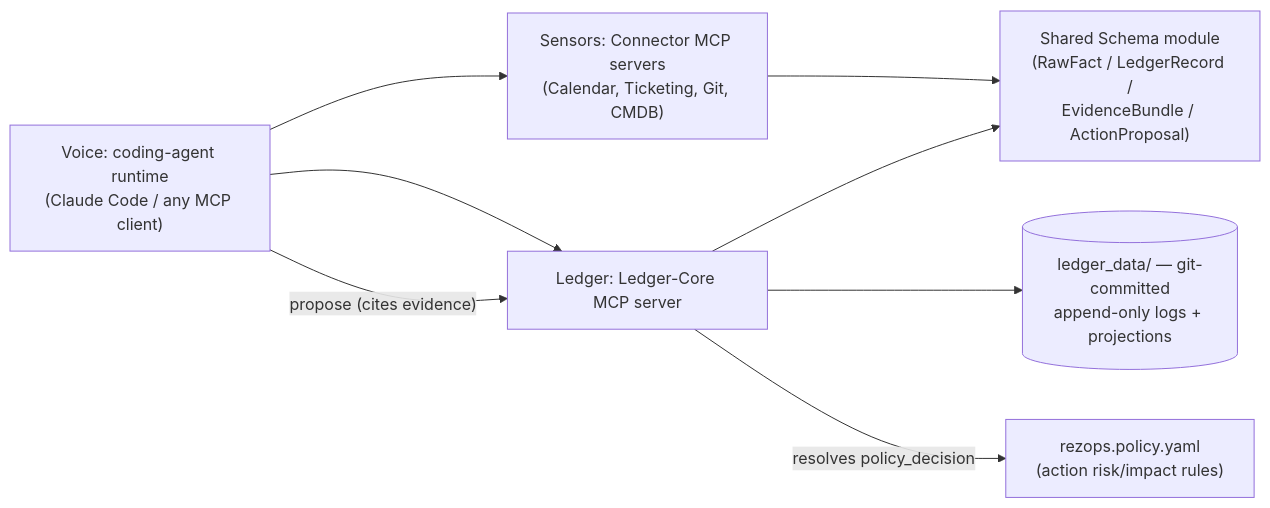
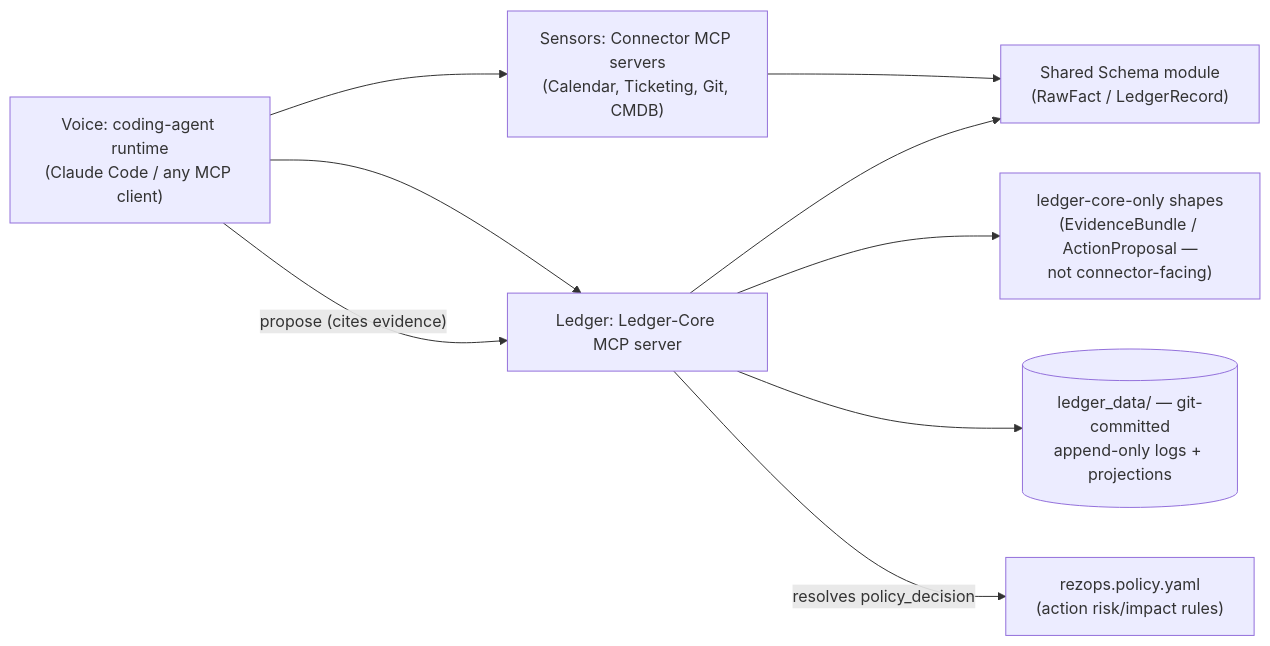
The first of 2 diagrams in _bmad-output/planning-artifacts/architecture/architecture-Resillience-Ops-2026-08-12/ARCHITECTURE-SPINE.md (mistamayor/rez-ops), drawn with Mermaid before and after one commit. The commit also changed other lines of this file and 8 other files, not shown here.

````diff
--- a/_bmad-output/planning-artifacts/architecture/architecture-Resillience-Ops-2026-08-12/ARCHITECTURE-SPINE.md
+++ b/_bmad-output/planning-artifacts/architecture/architecture-Resillience-Ops-2026-08-12/ARCHITECTURE-SPINE.md
@@ -32,10 +32,11 @@
 ```mermaid
 graph LR
     Runtime["Voice: coding-agent runtime<br/>(Claude Code / any MCP client)"] --> Connectors["Sensors: Connector MCP servers<br/>(Calendar, Ticketing, Git, CMDB)"]
     Runtime --> LedgerCore["Ledger: Ledger-Core MCP server"]
-    Connectors --> Schema["Shared Schema module<br/>(RawFact / LedgerRecord /<br/>EvidenceBundle / ActionProposal)"]
+    Connectors --> Schema["Shared Schema module<br/>(RawFact / LedgerRecord)"]
+    LedgerCore --> LedgerOnly["ledger-core-only shapes<br/>(EvidenceBundle / ActionProposal —<br/>not connector-facing)"]
     LedgerCore --> Schema
     LedgerCore --> LedgerData[("ledger_data/ — git-committed<br/>append-only logs + projections")]
     Runtime -->|"propose (cites evidence)"| LedgerCore
     LedgerCore -->|"resolves policy_decision"| Policy["rezops.policy.yaml<br/>(action risk/impact rules)"]
 ```
````
